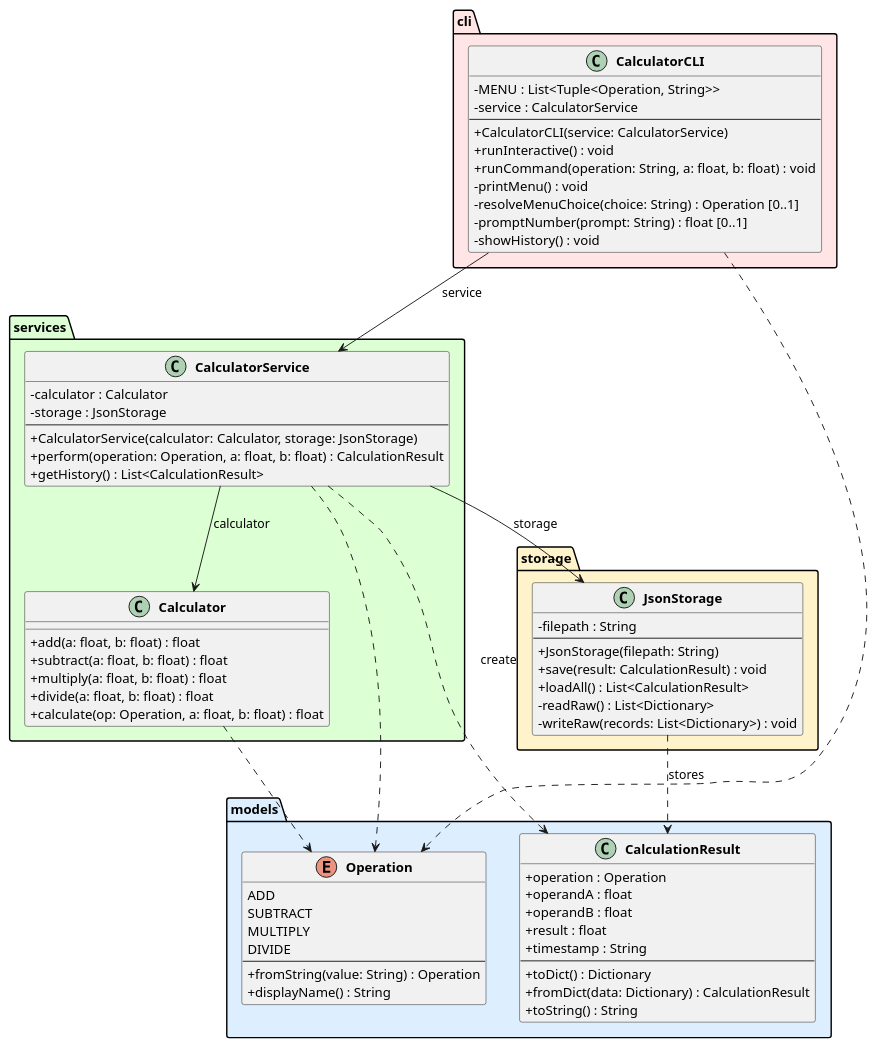
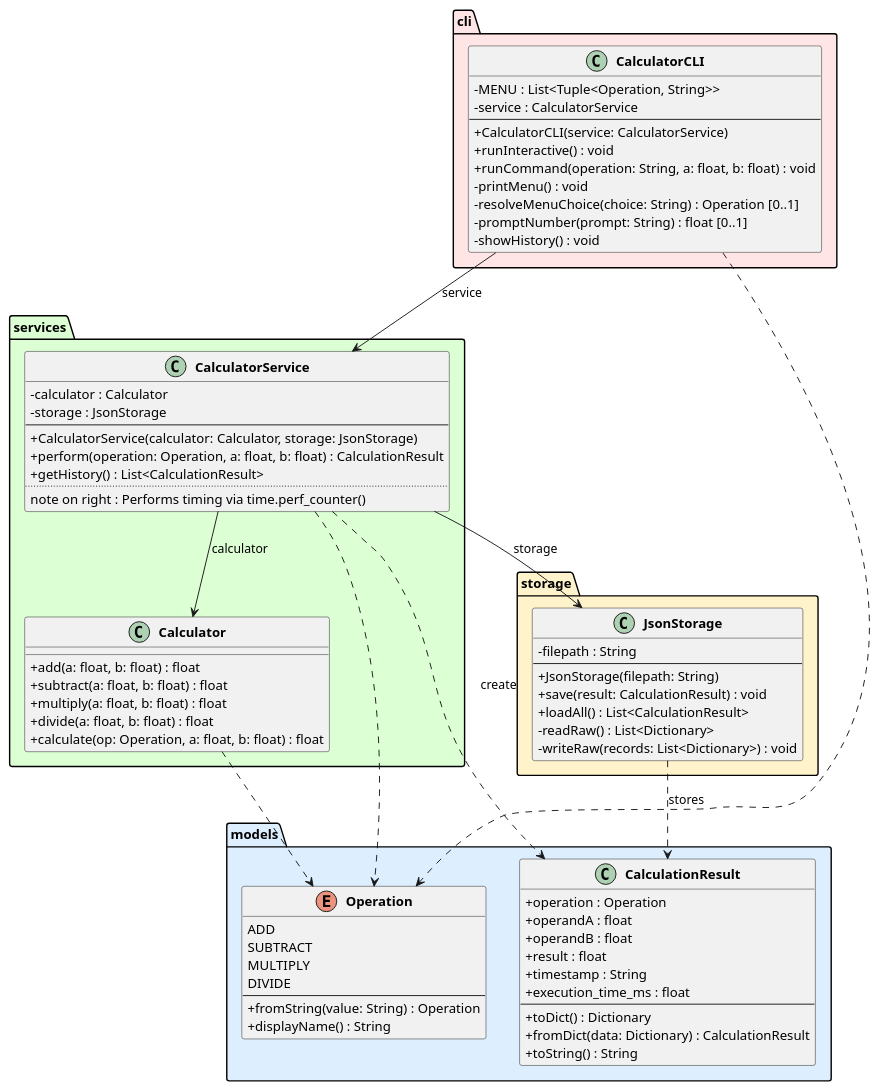
One commit to DanielRiha8906/Software_autoevolution_using_agents changed the diagram in experiments/pipeline/user_stories/calculator/artifacts/class_diagram.puml. Above: the diagram before and after it, drawn with PlantUML. The commit also changed 6 other files, not shown here.

```diff
--- a/experiments/pipeline/user_stories/calculator/artifacts/class_diagram.puml
+++ b/experiments/pipeline/user_stories/calculator/artifacts/class_diagram.puml
@@ -1,86 +1,89 @@
 @startuml class_diagram
 
 skinparam classAttributeIconSize 0
 skinparam classFontStyle bold
 
 package "models" #DDEEFF {
     enum Operation {
         ADD
         SUBTRACT
         MULTIPLY
         DIVIDE
         --
         +fromString(value: String) : Operation
         +displayName() : String
     }
 
     class CalculationResult {
         +operation : Operation
         +operandA : float
         +operandB : float
         +result : float
         +timestamp : String
+        +execution_time_ms : float
         --
         +toDict() : Dictionary
         +fromDict(data: Dictionary) : CalculationResult
         +toString() : String
     }
 }
 
 package "services" #DDFFD4 {
     class Calculator {
         +add(a: float, b: float) : float
         +subtract(a: float, b: float) : float
         +multiply(a: float, b: float) : float
         +divide(a: float, b: float) : float
         +calculate(op: Operation, a: float, b: float) : float
     }
 
     class CalculatorService {
         -calculator : Calculator
         -storage : JsonStorage
         --
         +CalculatorService(calculator: Calculator, storage: JsonStorage)
         +perform(operation: Operation, a: float, b: float) : CalculationResult
         +getHistory() : List<CalculationResult>
+        ..
+        note on right : Performs timing via time.perf_counter()
     }
 }
 
 package "storage" #FFF3CC {
     class JsonStorage {
         -filepath : String
         --
         +JsonStorage(filepath: String)
         +save(result: CalculationResult) : void
         +loadAll() : List<CalculationResult>
         -readRaw() : List<Dictionary>
         -writeRaw(records: List<Dictionary>) : void
     }
 }
 
 package "cli" #FFE5E5 {
     class CalculatorCLI {
         -MENU : List<Tuple<Operation, String>>
         -service : CalculatorService
         --
         +CalculatorCLI(service: CalculatorService)
         +runInteractive() : void
         +runCommand(operation: String, a: float, b: float) : void
         -printMenu() : void
         -resolveMenuChoice(choice: String) : Operation [0..1]
         -promptNumber(prompt: String) : float [0..1]
         -showHistory() : void
     }
 }
 
 CalculatorCLI --> CalculatorService : service
 CalculatorService --> Calculator : calculator
 CalculatorService --> JsonStorage : storage
 
 CalculatorService ..> CalculationResult : create
 CalculatorService ..> Operation
 CalculatorCLI ..> Operation
 Calculator ..> Operation
 JsonStorage ..> CalculationResult : stores
 
 @enduml
```
